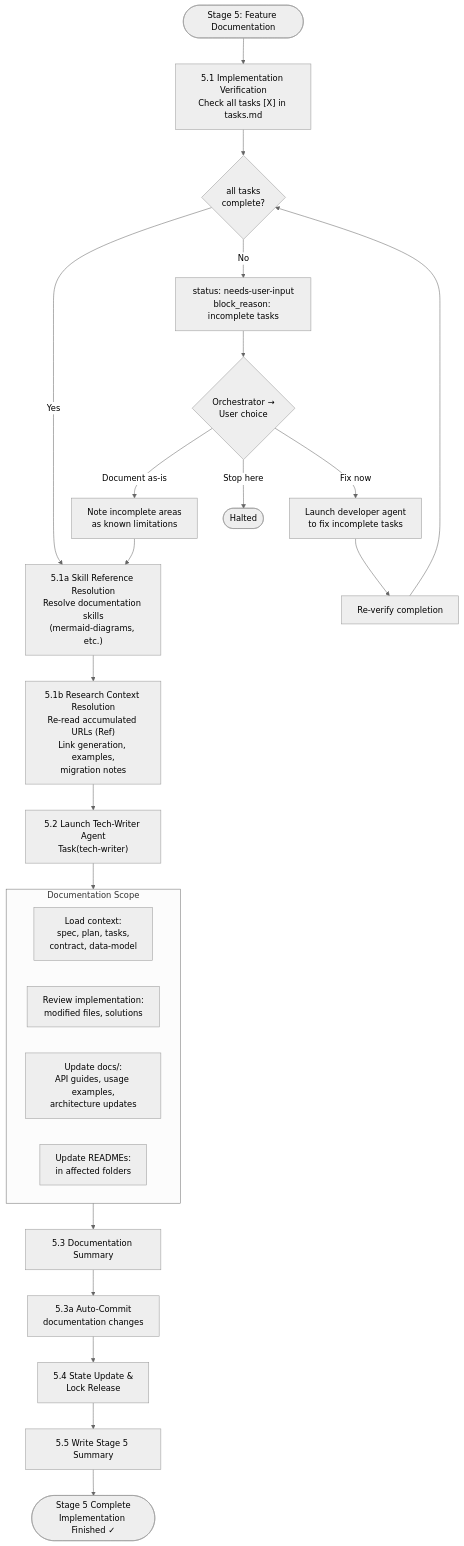
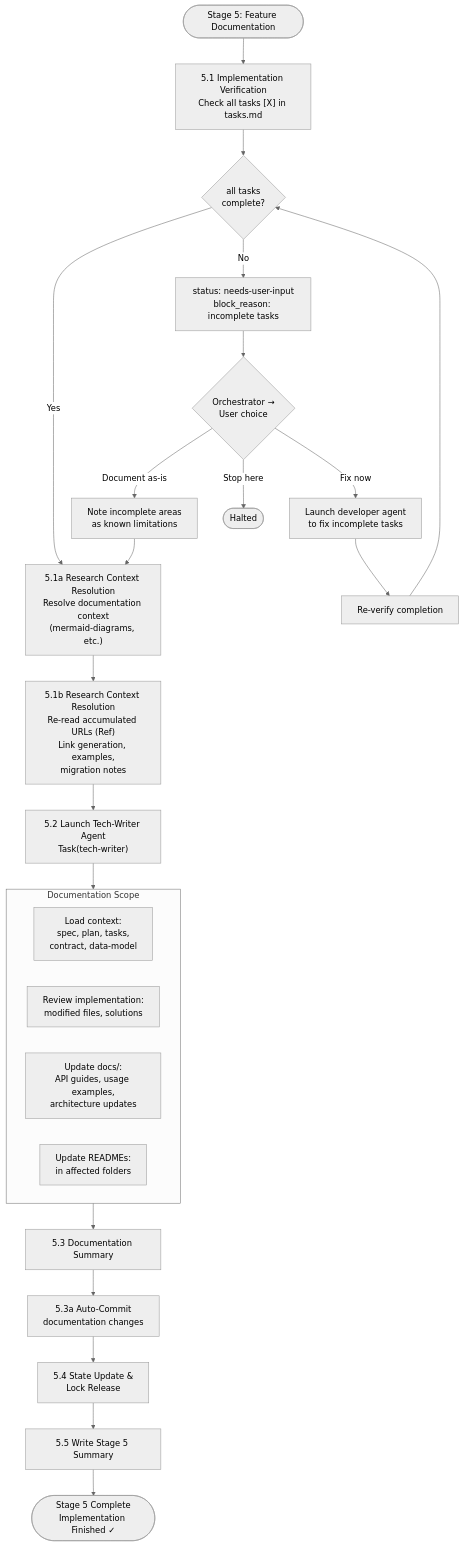
The sixth of 8 diagrams in plugins/product-implementation/docs/workflow-diagram.md (g3nx89/carlas-pantry), drawn with Mermaid (neutral theme) before and after one commit. The commit also changed other lines of this file and 23 other files, not shown here.

````diff
--- a/plugins/product-implementation/docs/workflow-diagram.md
+++ b/plugins/product-implementation/docs/workflow-diagram.md
@@ -293,36 +293,36 @@
 ```mermaid
 flowchart TD
     S5_START(["Stage 5: Feature Documentation"]) --> VERIFY["5.1 Implementation Verification\nCheck all tasks [X] in tasks.md"]
     VERIFY --> COMPLETE{all tasks\ncomplete?}
 
     COMPLETE -- Yes --> SKILL_DOC
     COMPLETE -- No --> WRITE_S5_INPUT["status: needs-user-input\nblock_reason: incomplete tasks"]
 
     WRITE_S5_INPUT --> USER_DOC{"Orchestrator →\nUser choice"}
     USER_DOC -- "Fix now" --> FIX_TASKS["Launch developer agent\nto fix incomplete tasks"]
     USER_DOC -- "Document as-is" --> NOTE_GAPS["Note incomplete areas\nas known limitations"]
     USER_DOC -- "Stop here" --> HALTED_S5(["Halted"])
 
     FIX_TASKS --> REVERIFY["Re-verify completion"]
     REVERIFY --> COMPLETE
     NOTE_GAPS --> SKILL_DOC
 
-    SKILL_DOC["5.1a Skill Reference Resolution\nResolve documentation skills\n(mermaid-diagrams, etc.)"]
+    SKILL_DOC["5.1a Research Context Resolution\nResolve documentation context\n(mermaid-diagrams, etc.)"]
     SKILL_DOC --> RESEARCH_DOC["5.1b Research Context Resolution\nRe-read accumulated URLs (Ref)\nLink generation, examples,\nmigration notes"]
     RESEARCH_DOC --> TECH_WRITER["5.2 Launch Tech-Writer Agent\nTask(tech-writer)"]
 
     TECH_WRITER --> DOC_SCOPE
 
     subgraph DOC_SCOPE["Documentation Scope"]
         D1["Load context:\nspec, plan, tasks,\ncontract, data-model"]
         D2["Review implementation:\nmodified files, solutions"]
         D3["Update docs/:\nAPI guides, usage examples,\narchitecture updates"]
         D4["Update READMEs:\nin affected folders"]
     end
 
     DOC_SCOPE --> DOC_SUMMARY["5.3 Documentation Summary"]
     DOC_SUMMARY --> AUTO_COMMIT_DOC["5.3a Auto-Commit\ndocumentation changes"]
     AUTO_COMMIT_DOC --> RELEASE["5.4 State Update &\nLock Release"]
     RELEASE --> WRITE_S5["5.5 Write Stage 5 Summary"]
     WRITE_S5 --> S5_DONE(["Stage 5 Complete\nImplementation Finished ✓"])
 ```
````
